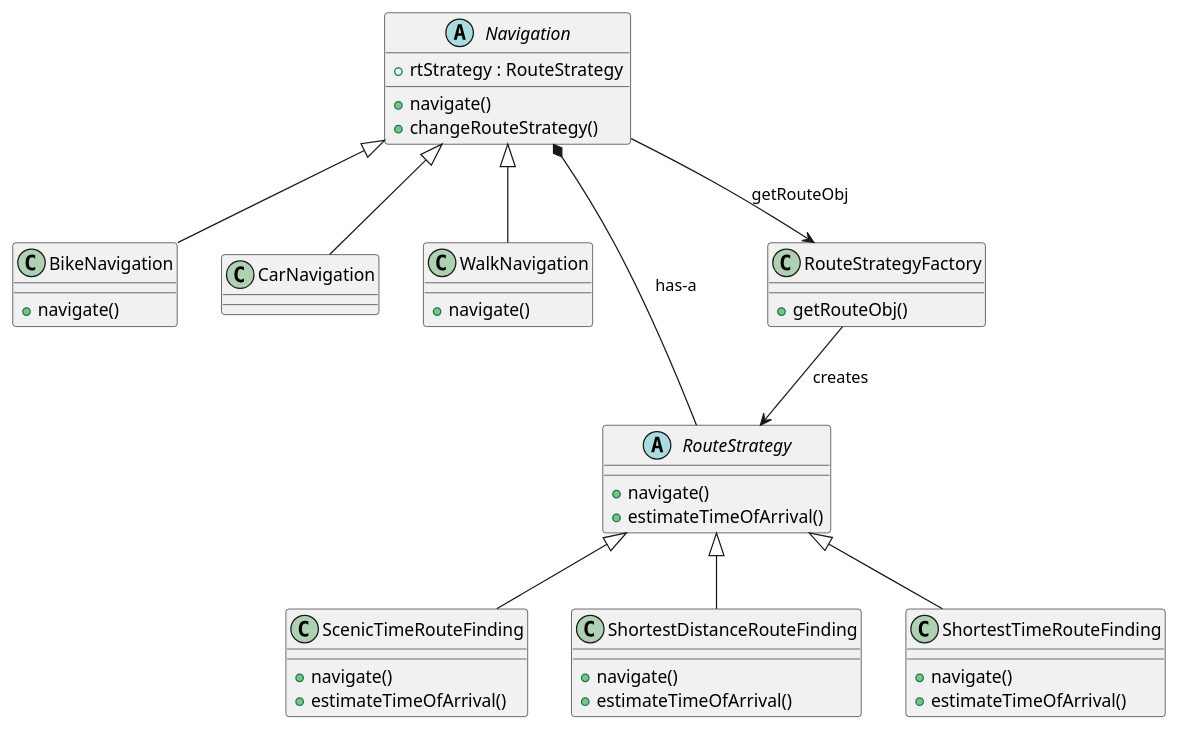
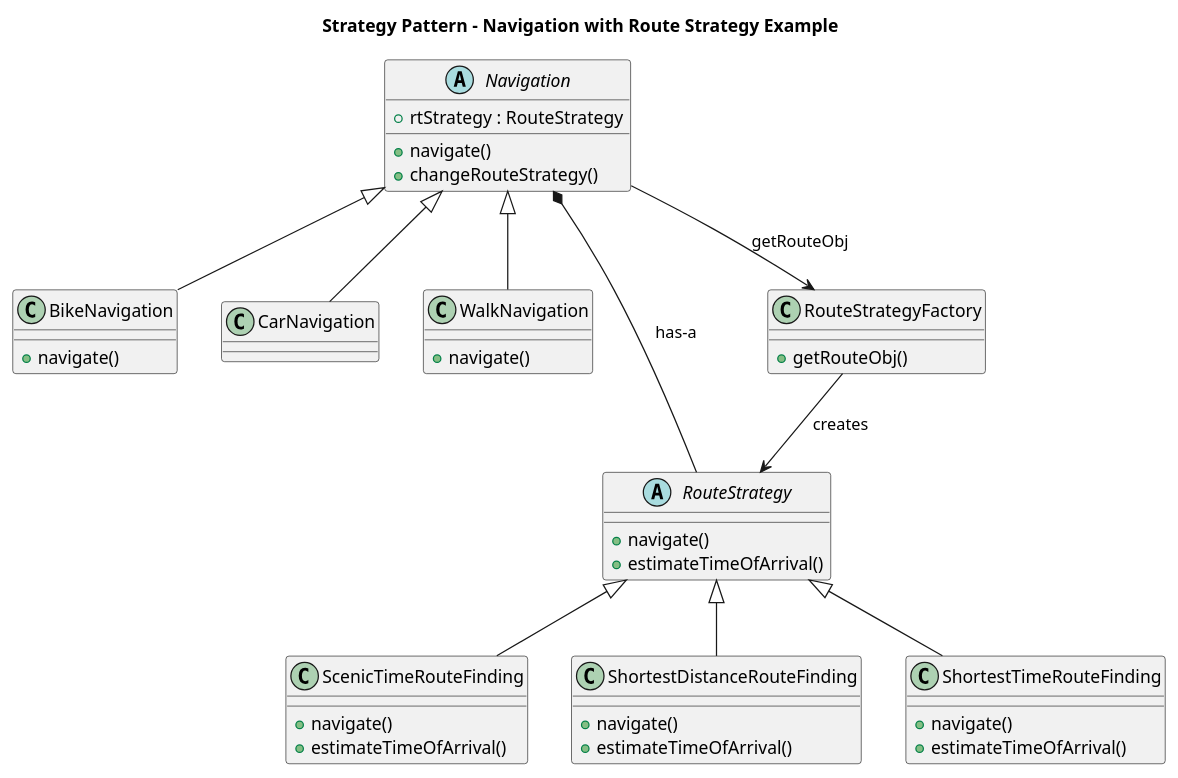
The diagram in strategy_pattern/design/design.puml (ashishjain0338/lld_pattern_theory), drawn with PlantUML before and after one commit. The commit also changed 1 other file, not shown here.

```diff
--- a/strategy_pattern/design/design.puml
+++ b/strategy_pattern/design/design.puml
@@ -1,55 +1,57 @@
 @startuml Navigation_With_Route_Strategy
+
+title Strategy Pattern - Navigation with Route Strategy Example
 
 /'
 class Dummy {
 -field1
 #field2
 ~method1()
 +method2()
 }'/
 
 abstract class Navigation{
     +rtStrategy : RouteStrategy
     +navigate()
     +changeRouteStrategy()
 }
 
 class BikeNavigation extends Navigation{
     +navigate()
 }
 
 class CarNavigation extends Navigation{
 }
 
 class WalkNavigation extends Navigation{
     +navigate()
 }
 
 abstract class RouteStrategy{
     +navigate()
     +estimateTimeOfArrival()
 }
 
 class ScenicTimeRouteFinding extends RouteStrategy{
     +navigate()
     +estimateTimeOfArrival()
 }
 
 class ShortestDistanceRouteFinding extends RouteStrategy{
     +navigate()
     +estimateTimeOfArrival()
 }
 
 class ShortestTimeRouteFinding extends RouteStrategy{
     +navigate()
     +estimateTimeOfArrival()
 }
 
 class RouteStrategyFactory{
     +getRouteObj()
 }
 
 Navigation *-- RouteStrategy : has-a
 RouteStrategyFactory --> RouteStrategy : creates
 Navigation --> RouteStrategyFactory : getRouteObj
 @enduml
```
